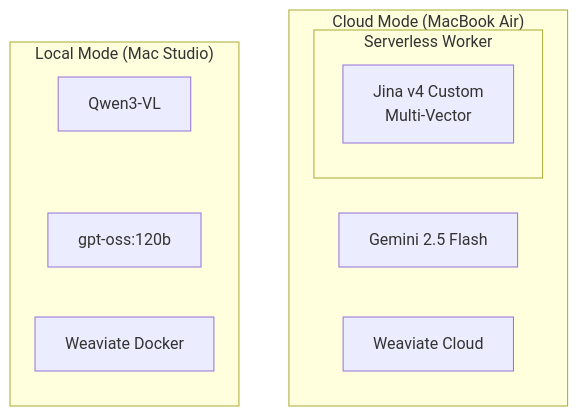
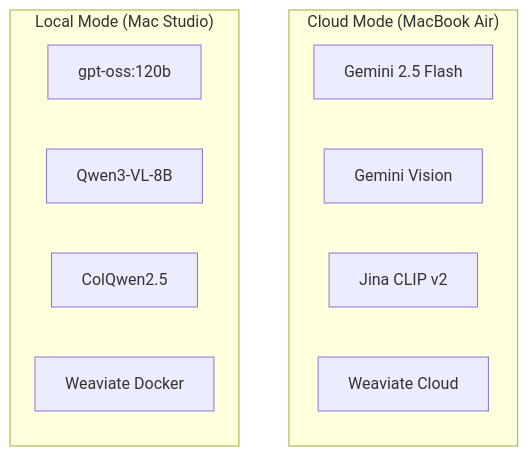
Before and after one commit to Galbaz1/vsm-v02: the first of 2 diagrams in docs/cloud-migration/README.md, drawn with Mermaid. The commit also changed other lines of this file and 38 other files, not shown here.

````diff
--- a/docs/cloud-migration/README.md
+++ b/docs/cloud-migration/README.md
@@ -45,22 +47,21 @@
 ```mermaid
 flowchart LR
     subgraph Local["Local Mode (Mac Studio)"]
         L_LLM[gpt-oss:120b]
-        L_VLM[Qwen3-VL]
+        L_VLM[Qwen3-VL-8B]
+        L_Visual[ColQwen2.5]
         L_VDB[Weaviate Docker]
     end
 
     subgraph Cloud["Cloud Mode (MacBook Air)"]
         C_LLM[Gemini 2.5 Flash]
-        
-        subgraph "Serverless Worker"
-            Worker[Jina v4 Custom<br/>Multi-Vector]
-        end
-        
+        C_VLM[Gemini Vision]
+        C_Visual[Jina CLIP v2]
         C_VDB[Weaviate Cloud]
     end
 
     L_LLM ~~~ C_LLM
-    L_VLM ~~~ Worker
+    L_VLM ~~~ C_VLM
+    L_Visual ~~~ C_Visual
     L_VDB ~~~ C_VDB
 ```
````
